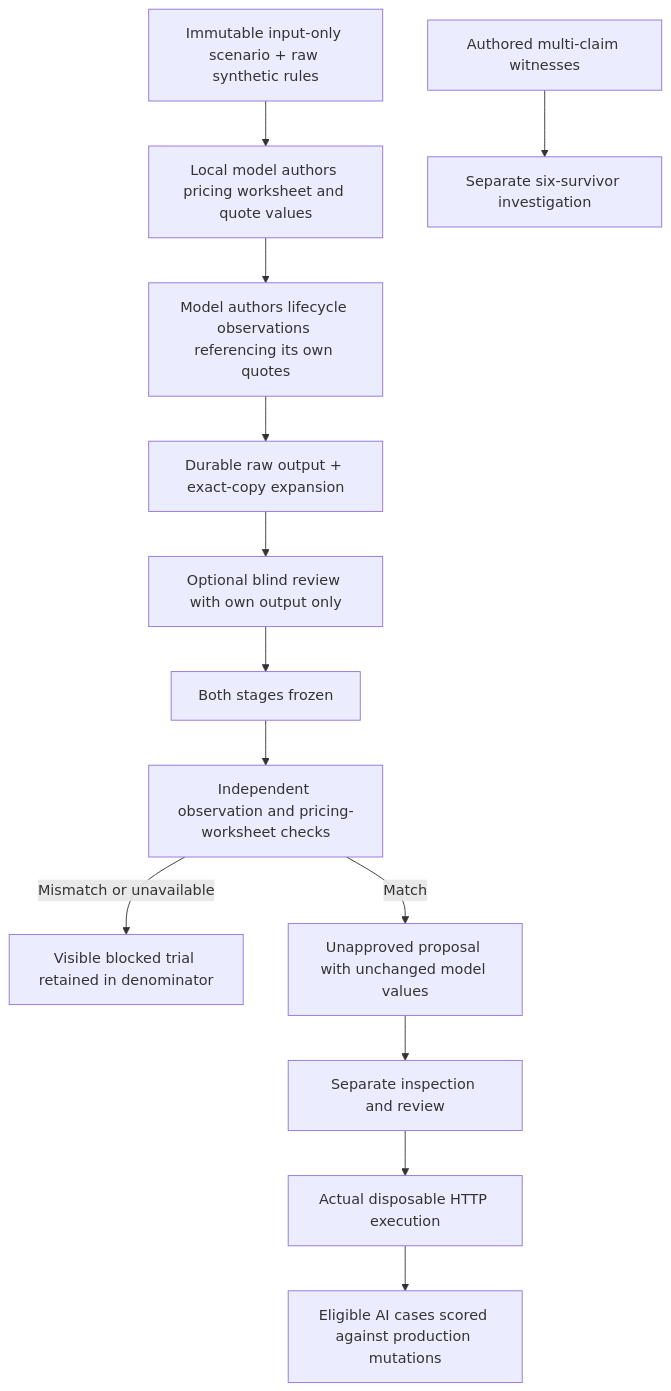
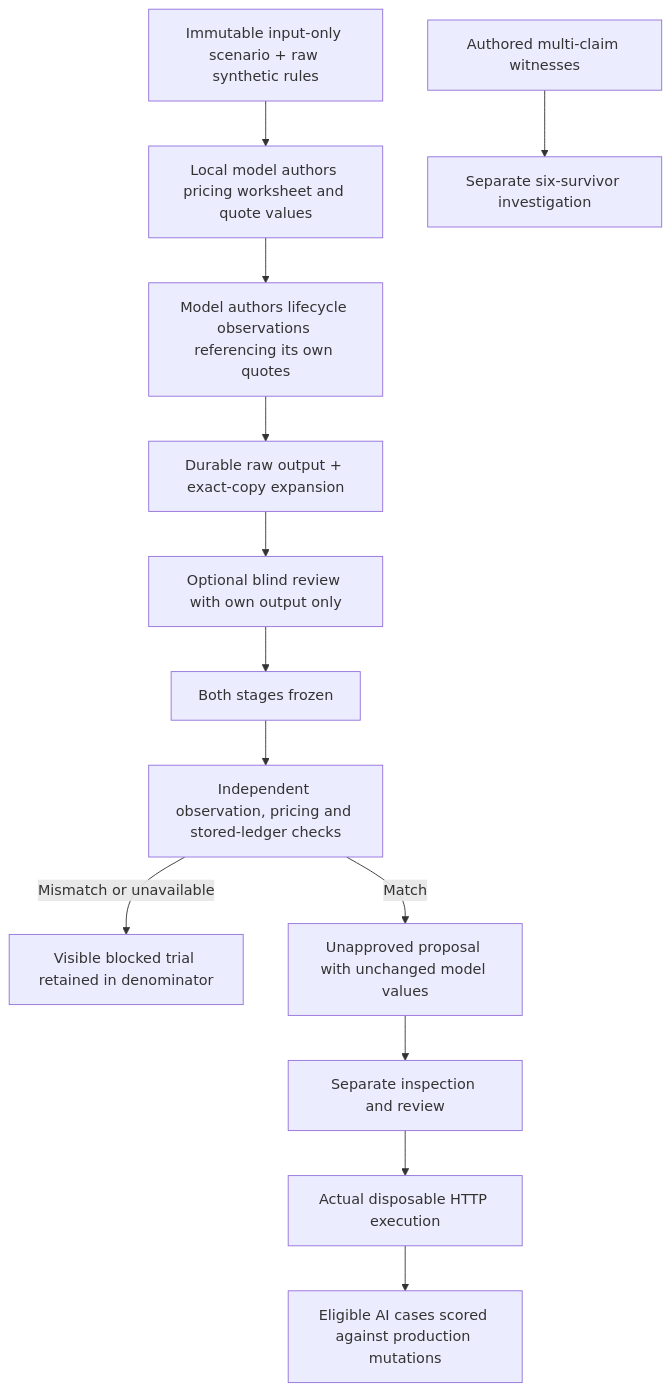
The diagram in docs/V8.2_ARCHITECTURE.md (kilicerdal/healthcare-quality-lab), drawn with Mermaid before and after one commit. The commit also changed other lines of this file and 5 other files, not shown here.

````diff
--- a/docs/V8.2_ARCHITECTURE.md
+++ b/docs/V8.2_ARCHITECTURE.md
@@ -3,15 +3,15 @@
 ```mermaid
 flowchart TD
   A[Immutable input-only scenario + raw synthetic rules] --> B[Local model authors pricing worksheet and quote values]
   B --> C[Model authors lifecycle observations referencing its own quotes]
   C --> D[Durable raw output + exact-copy expansion]
   D --> E[Optional blind review with own output only]
   E --> F[Both stages frozen]
-  F --> G[Independent observation and pricing-worksheet checks]
+  F --> G[Independent observation, pricing and stored-ledger checks]
   G -->|Mismatch or unavailable| H[Visible blocked trial retained in denominator]
   G -->|Match| I[Unapproved proposal with unchanged model values]
   I --> J[Separate inspection and review]
   J --> K[Actual disposable HTTP execution]
   K --> L[Eligible AI cases scored against production mutations]
   M[Authored multi-claim witnesses] --> N[Separate six-survivor investigation]
 ```
````
